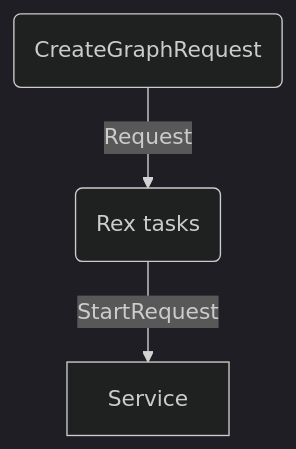
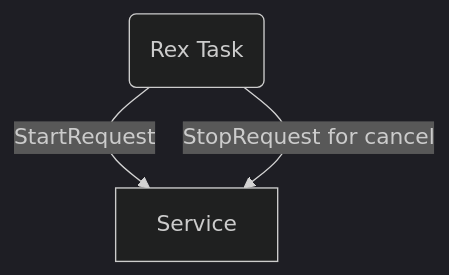
The first of 5 diagrams in README.md (thescouser89/dingrogu), drawn with Mermaid (dark theme) before and after one commit. The commit also changed other lines of this file and 42 other files, not shown here.

````diff
--- a/README.md
+++ b/README.md
@@ -53,5 +48,5 @@
 ```mermaid
 graph TD
-    A(CreateGraphRequest) -->|Request| Rex(Rex tasks)
-    Rex -->|StartRequest| Service 
+    Rex(Rex Task) -->|StartRequest| Service
+    Rex -->|StopRequest for cancel| Service 
 ```
````
